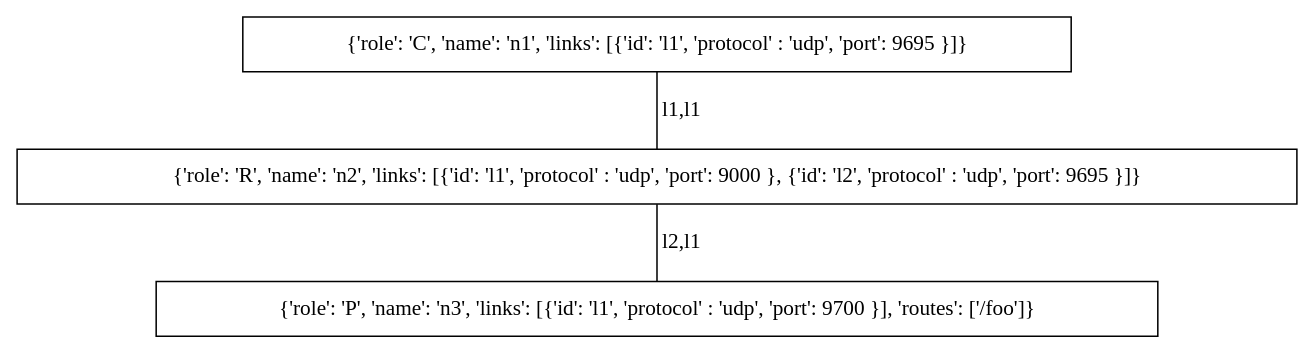
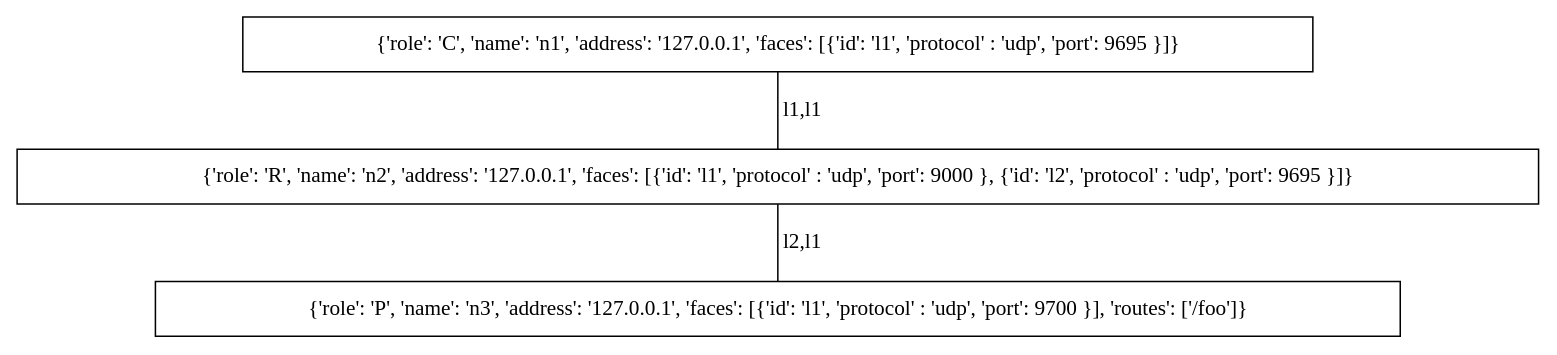
One commit to chris-wood/ccnx-topogen changed the diagram in ccnx_topogen/test.dot. Above: the diagram before and after it, drawn with Graphviz. The commit also changed 1 other file, not shown here.

```diff
--- a/ccnx_topogen/test.dot
+++ b/ccnx_topogen/test.dot
@@ -1,7 +1,7 @@
 graph path {
-    n1 [shape=box, label="{'role': 'C', 'name': 'n1', 'links': [{'id': 'l1', 'protocol' : 'udp', 'port': 9695 }]}"]
-    n2 [shape=box, label="{'role': 'R', 'name': 'n2', 'links': [{'id': 'l1', 'protocol' : 'udp', 'port': 9000 }, {'id': 'l2', 'protocol' : 'udp', 'port': 9695 }]}"]
-    n3 [shape=box, label="{'role': 'P', 'name': 'n3', 'links': [{'id': 'l1', 'protocol' : 'udp', 'port': 9700 }], 'routes': ['/foo']}"]
+    n1 [shape=box, label="{'role': 'C', 'name': 'n1', 'address': '127.0.0.1', 'faces': [{'id': 'l1', 'protocol' : 'udp', 'port': 9695 }]}"]
+    n2 [shape=box, label="{'role': 'R', 'name': 'n2', 'address': '127.0.0.1', 'faces': [{'id': 'l1', 'protocol' : 'udp', 'port': 9000 }, {'id': 'l2', 'protocol' : 'udp', 'port': 9695 }]}"]
+    n3 [shape=box, label="{'role': 'P', 'name': 'n3', 'address': '127.0.0.1', 'faces': [{'id': 'l1', 'protocol' : 'udp', 'port': 9700 }], 'routes': ['/foo']}"]
     n1 -- n2 [label="l1,l1"]
     n2 -- n3 [label="l2,l1"]
 }
```
